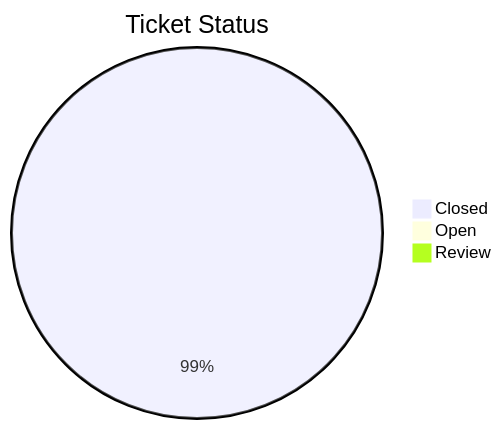
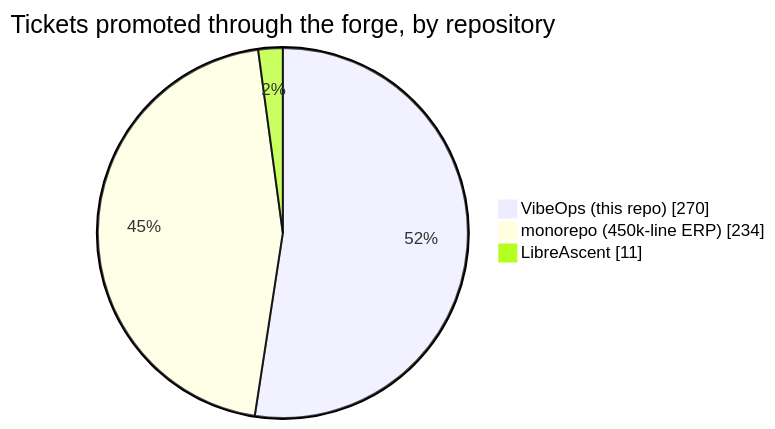
The eighth of 11 diagrams in README.md (M-Umar-Hameed/VibeOps), drawn with Mermaid before and after one commit. The commit also changed other lines of this file, not shown here.

Commit message:
docs: refresh measured stats - 515 promoted tickets across three repos, 1,146 runs, API-priced spend

````diff
--- a/README.md
+++ b/README.md
@@ -154,6 +154,7 @@
 ```mermaid
-pie title Ticket Status
-    "Closed" : 200
-    "Open" : 1
-    "Review" : 1
+pie showData
+    title Tickets promoted through the forge, by repository
+    "VibeOps (this repo)" : 270
+    "monorepo (450k-line ERP)" : 234
+    "LibreAscent" : 11
 ```
````
